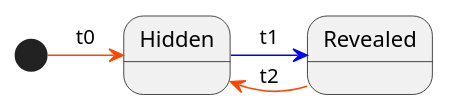
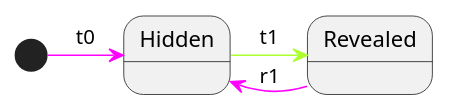
One commit to bortch/Revealable changed the diagram in docs/Revealable_2_states.puml. Above: the diagram before and after it, drawn with PlantUML. The commit also changed 3 other files, not shown here.

```diff
--- a/docs/Revealable_2_states.puml
+++ b/docs/Revealable_2_states.puml
@@ -1,6 +1,6 @@
 @startuml
 
-[*] -[#OrangeRed]> Hidden: t0
-Hidden -[#Blue]> Revealed : t1
-Hidden <-[#OrangeRed]- Revealed: t2
+[*] -[#Fuchsia]> Hidden: t0
+Hidden -[#GreenYellow]> Revealed : t1
+Hidden <-[#Fuchsia]- Revealed: r1
 @enduml
```
